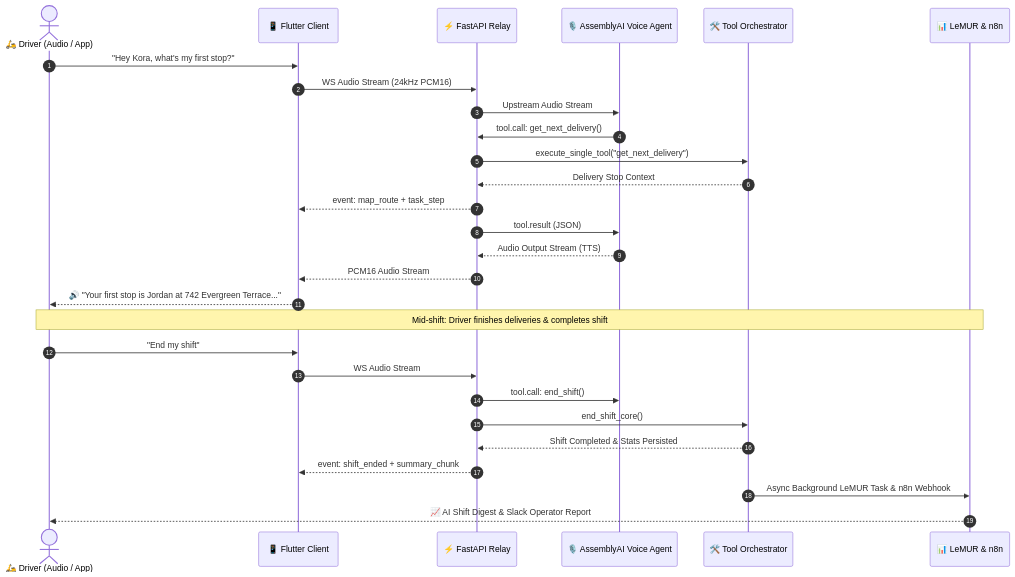
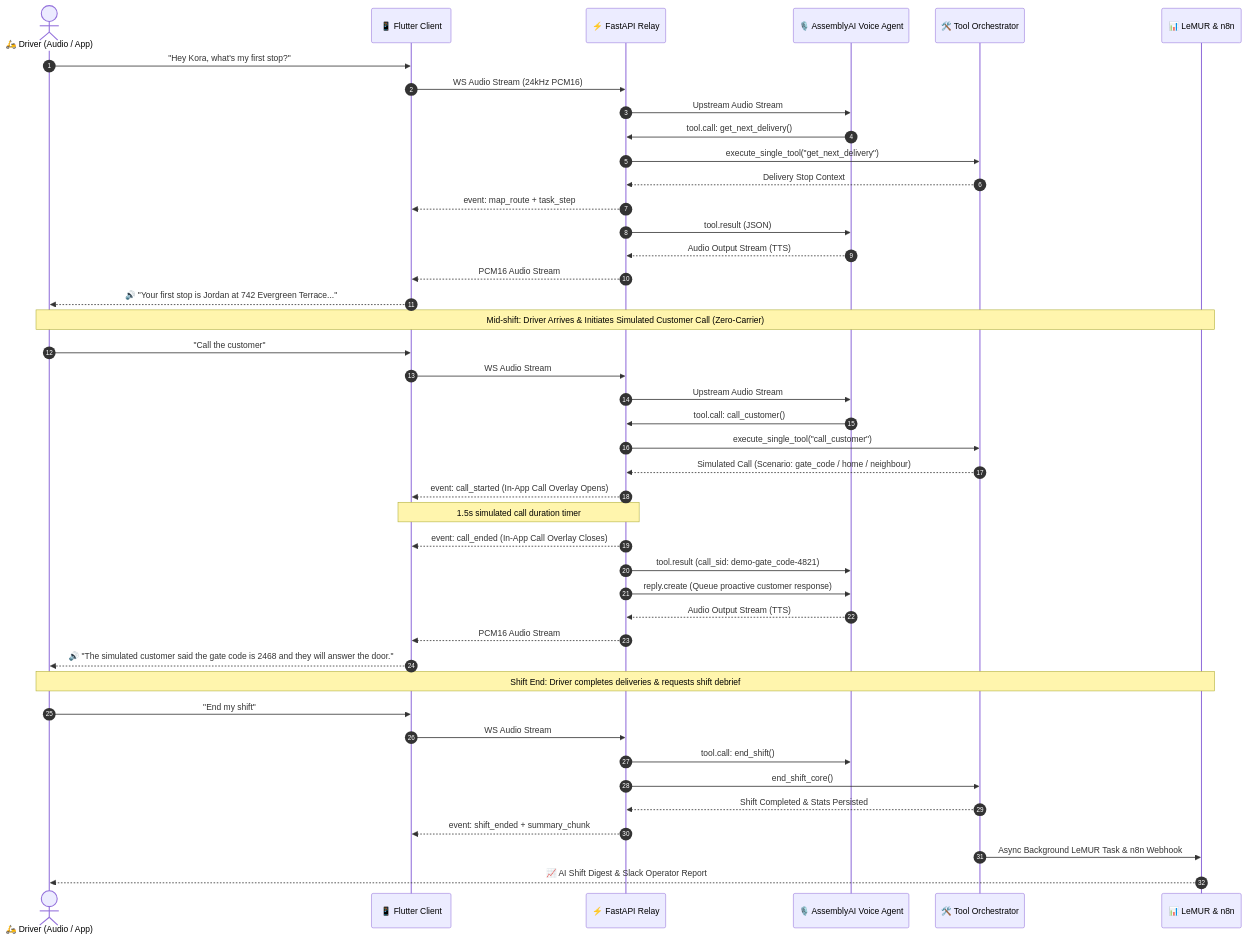
The second of 2 diagrams in README.md (MI-TECHDLIN/kora), drawn with Mermaid before and after one commit. The commit also changed other lines of this file and 2 other files, not shown here.

Commit message:
architecture diagram fixed!!

````diff
--- a/README.md
+++ b/README.md
@@ -249,33 +399,51 @@
 ```mermaid
 sequenceDiagram
     autonumber
     actor Driver as 🛵 Driver (Audio / App)
     participant Client as 📱 Flutter Client
     participant Relay as ⚡ FastAPI Relay
     participant AAI as 🎙️ AssemblyAI Voice Agent
     participant Orch as 🛠️ Tool Orchestrator
     participant Post as 📊 LeMUR & n8n
 
+    %% Stop 1 Request
     Driver->>Client: "Hey Kora, what's my first stop?"
     Client->>Relay: WS Audio Stream (24kHz PCM16)
     Relay->>AAI: Upstream Audio Stream
     AAI->>Relay: tool.call: get_next_delivery()
     Relay->>Orch: execute_single_tool("get_next_delivery")
     Orch-->>Relay: Delivery Stop Context
     Relay-->>Client: event: map_route + task_step
     Relay->>AAI: tool.result (JSON)
     AAI-->>Relay: Audio Output Stream (TTS)
     Relay-->>Client: PCM16 Audio Stream
     Client-->>Driver: 🔊 "Your first stop is Jordan at 742 Evergreen Terrace..."
 
-    Note over Driver,Post: Mid-shift: Driver finishes deliveries & completes shift
+    %% Mid-Shift Simulated Customer Call
+    Note over Driver,Post: Mid-shift: Driver Arrives & Initiates Simulated Customer Call (Zero-Carrier)
+    Driver->>Client: "Call the customer"
+    Client->>Relay: WS Audio Stream
+    Relay->>AAI: Upstream Audio Stream
+    AAI->>Relay: tool.call: call_customer()
+    Relay->>Orch: execute_single_tool("call_customer")
+    Orch-->>Relay: Simulated Call (Scenario: gate_code / home / neighbour)
+    Relay-->>Client: event: call_started (In-App Call Overlay Opens)
+    Note over Relay,Client: 1.5s simulated call duration timer
+    Relay-->>Client: event: call_ended (In-App Call Overlay Closes)
+    Relay->>AAI: tool.result (call_sid: demo-gate_code-4821)
+    Relay->>AAI: reply.create (Queue proactive customer response)
+    AAI-->>Relay: Audio Output Stream (TTS)
+    Relay-->>Client: PCM16 Audio Stream
+    Client-->>Driver: 🔊 "The simulated customer said the gate code is 2468 and they will answer the door."
 
+    %% Shift Completion
+    Note over Driver,Post: Shift End: Driver completes deliveries & requests shift debrief
     Driver->>Client: "End my shift"
     Client->>Relay: WS Audio Stream
     Relay->>AAI: tool.call: end_shift()
     Relay->>Orch: end_shift_core()
     Orch-->>Relay: Shift Completed & Stats Persisted
     Relay-->>Client: event: shift_ended + summary_chunk
     Orch->>Post: Async Background LeMUR Task & n8n Webhook
     Post-->>Driver: 📈 AI Shift Digest & Slack Operator Report
 ```
````
